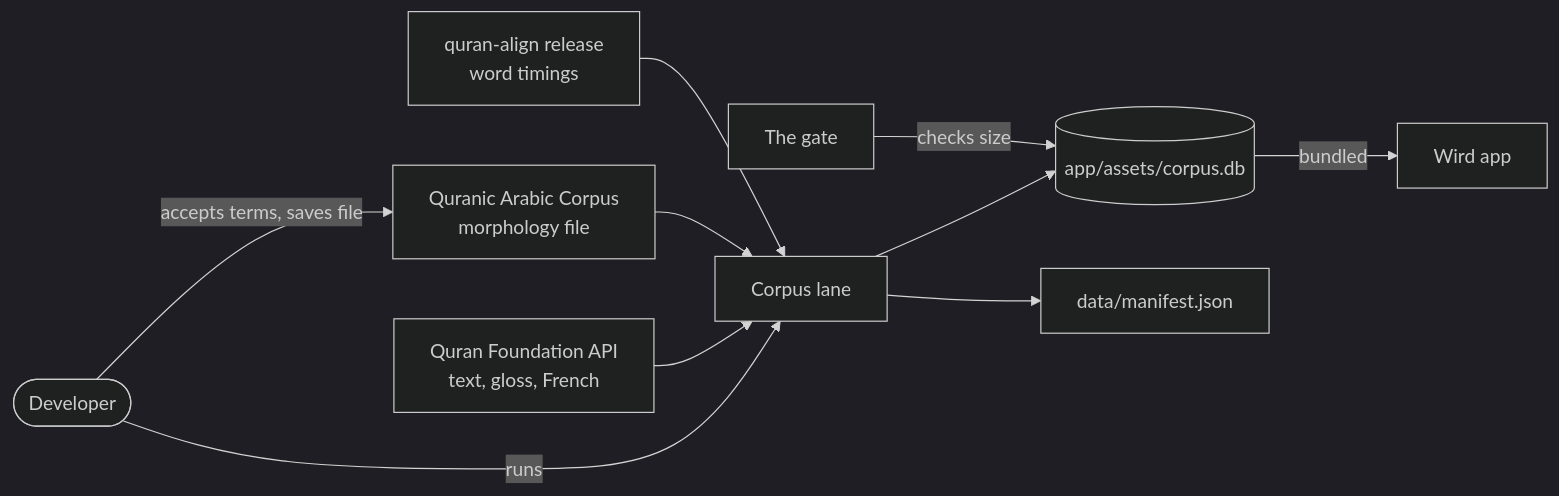
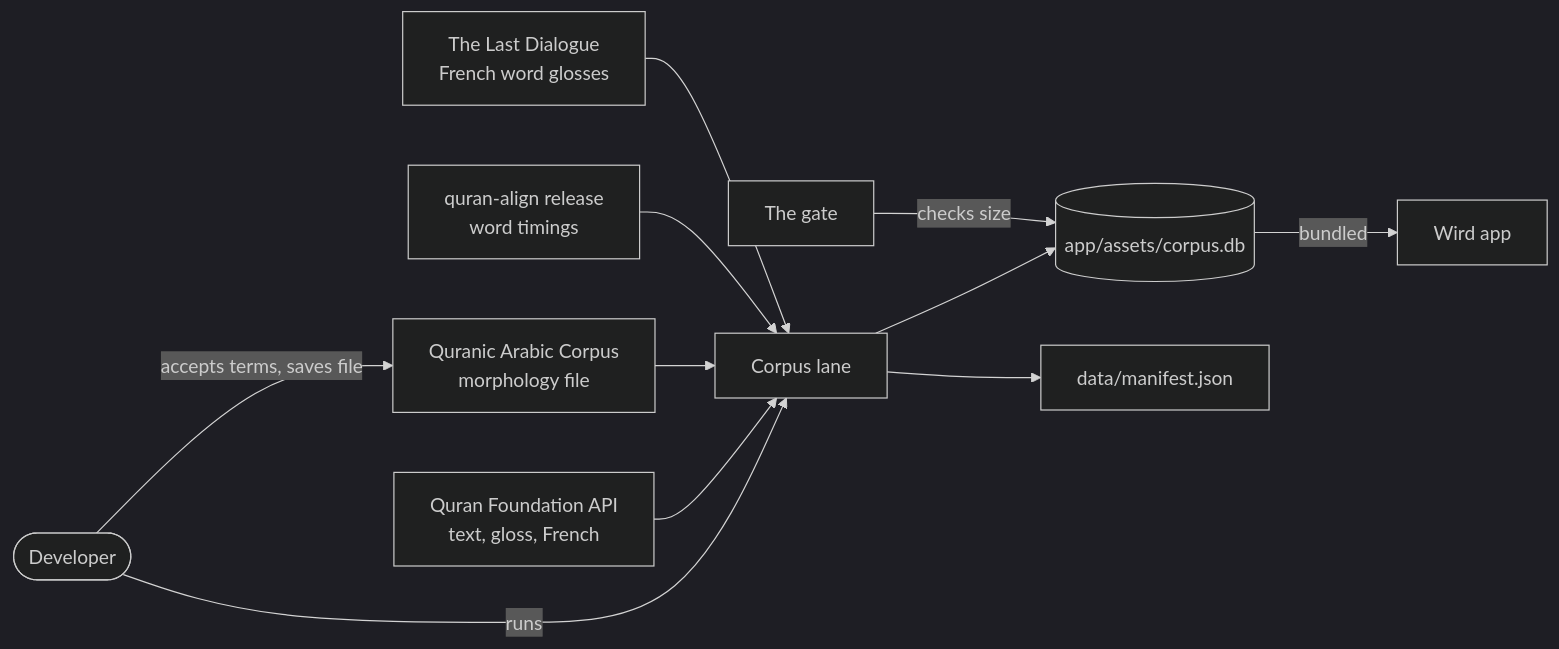
One commit to MohammadBnei/wird changed the first of 4 diagrams in docs/architecture/pipelines/corpus.md. Above: the diagram before and after it, drawn with Mermaid (dark theme). The commit also changed other lines of this file and 64 other files, not shown here.

First line of the commit message:
French word glosses from The Last Dialogue, and a root panel that walks word by word

````diff
--- a/docs/architecture/pipelines/corpus.md
+++ b/docs/architecture/pipelines/corpus.md
@@ -13,22 +13,24 @@
 ```mermaid
 flowchart LR
   person([Developer])
   qc["Quran Foundation API<br/>text, gloss, French"]
   qac["Quranic Arabic Corpus<br/>morphology file"]
   qa["quran-align release<br/>word timings"]
+  tld["The Last Dialogue<br/>French word glosses"]
   lane["Corpus lane"]
   asset[("app/assets/corpus.db")]
   man["data/manifest.json"]
   app["Wird app"]
   gate["The gate"]
 
   person -->|"accepts terms, saves file"| qac
   person -->|runs| lane
   qc --> lane
   qac --> lane
   qa --> lane
+  tld --> lane
   lane --> asset
   lane --> man
   asset -->|bundled| app
   gate -->|"checks size"| asset
 ```
````
